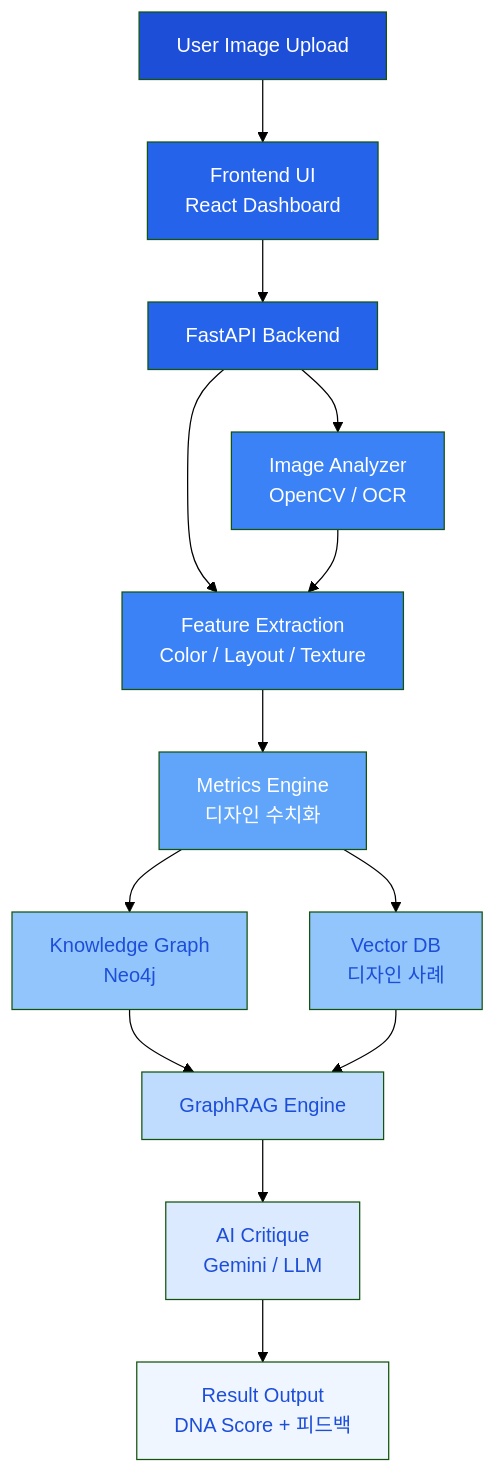
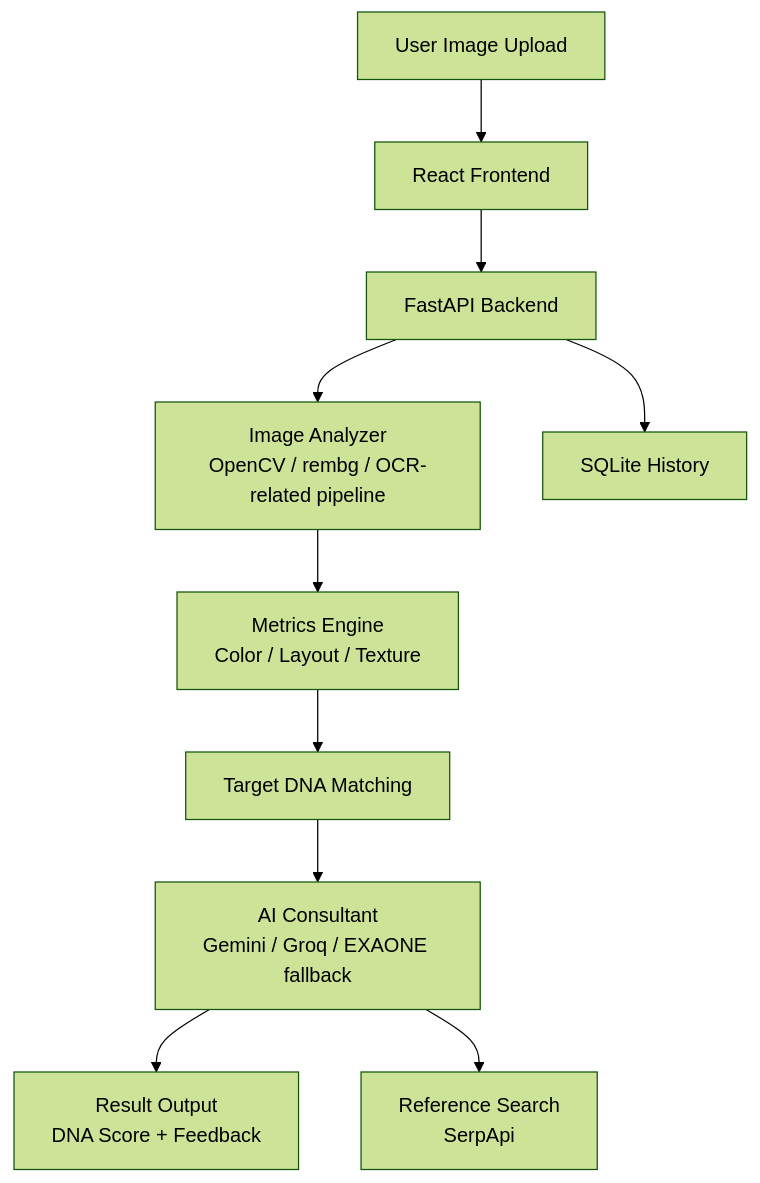
Before and after one commit to hoilycat/Mood-DNA-V2: the diagram in README.md, drawn with Mermaid (forest theme). The commit also changed other lines of this file, not shown here.

````diff
--- a/README.md
+++ b/README.md
@@ -104,28 +112,12 @@
 ```mermaid
 graph TD
-
-A[User Image Upload] --> B[Frontend UI<br/>React Dashboard]
-B --> C[FastAPI Backend]
-C --> D[Image Analyzer<br/>OpenCV / OCR]
-C --> E[Feature Extraction<br/>Color / Layout / Texture]
-D --> E
-E --> F[Metrics Engine<br/>디자인 수치화]
-F --> G[Knowledge Graph<br/>Neo4j]
-F --> H[Vector DB<br/>디자인 사례]
-G --> I[GraphRAG Engine]
-H --> I
-I --> J[AI Critique<br/>Gemini / LLM]
-J --> K[Result Output<br/>DNA Score + 피드백]
-
-style A fill:#1d4ed8,color:#fff
-style B fill:#2563eb,color:#fff
-style C fill:#2563eb,color:#fff
-style D fill:#3b82f6,color:#fff
-style E fill:#3b82f6,color:#fff
-style F fill:#60a5fa,color:#fff
-style G fill:#93c5fd,color:#1d4ed8
-style H fill:#93c5fd,color:#1d4ed8
-style I fill:#bfdbfe,color:#1d4ed8
-style J fill:#dbeafe,color:#1d4ed8
-style K fill:#eff6ff,color:#1d4ed8
+    A[User Image Upload] --> B[React Frontend]
+    B --> C[FastAPI Backend]
+    C --> D[Image Analyzer<br/>OpenCV / rembg / OCR-related pipeline]
+    D --> E[Metrics Engine<br/>Color / Layout / Texture]
+    E --> F[Target DNA Matching]
+    F --> G[AI Consultant<br/>Gemini / Groq / EXAONE fallback]
+    G --> H[Result Output<br/>DNA Score + Feedback]
+    G --> I[Reference Search<br/>SerpApi]
+    C --> J[SQLite History]
 ```
````
